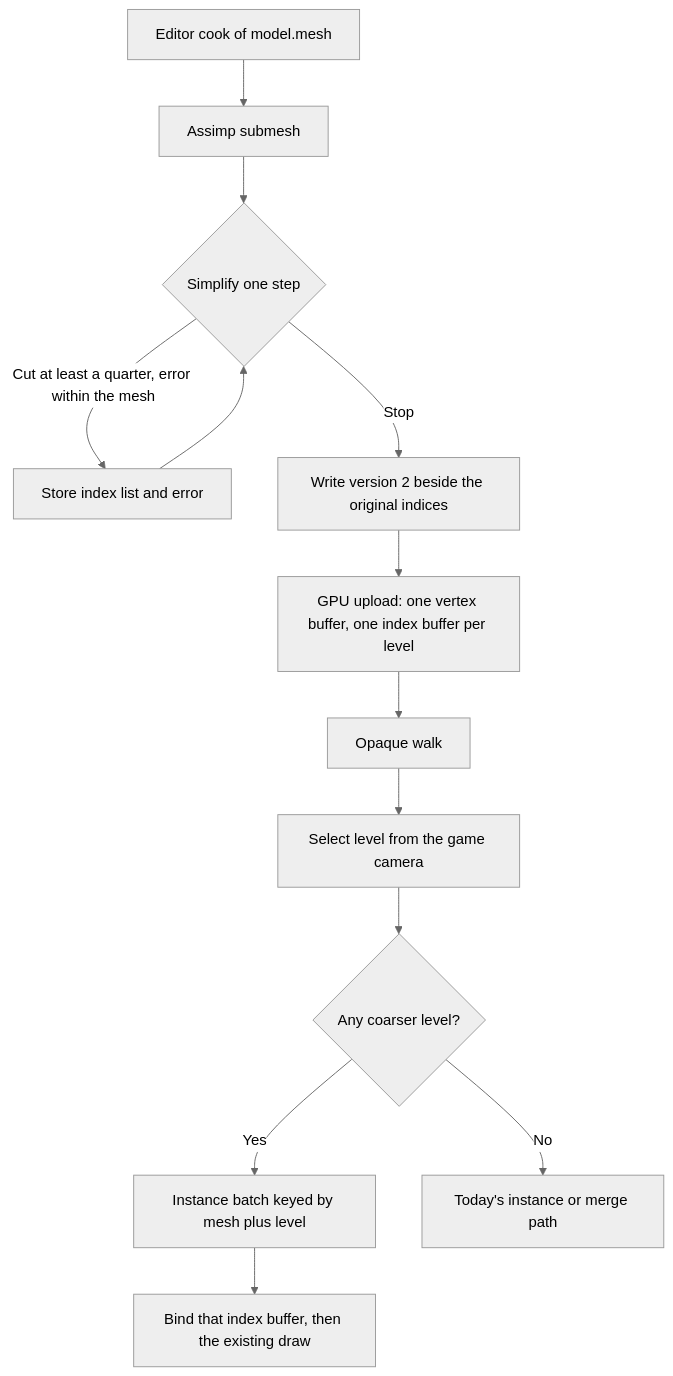
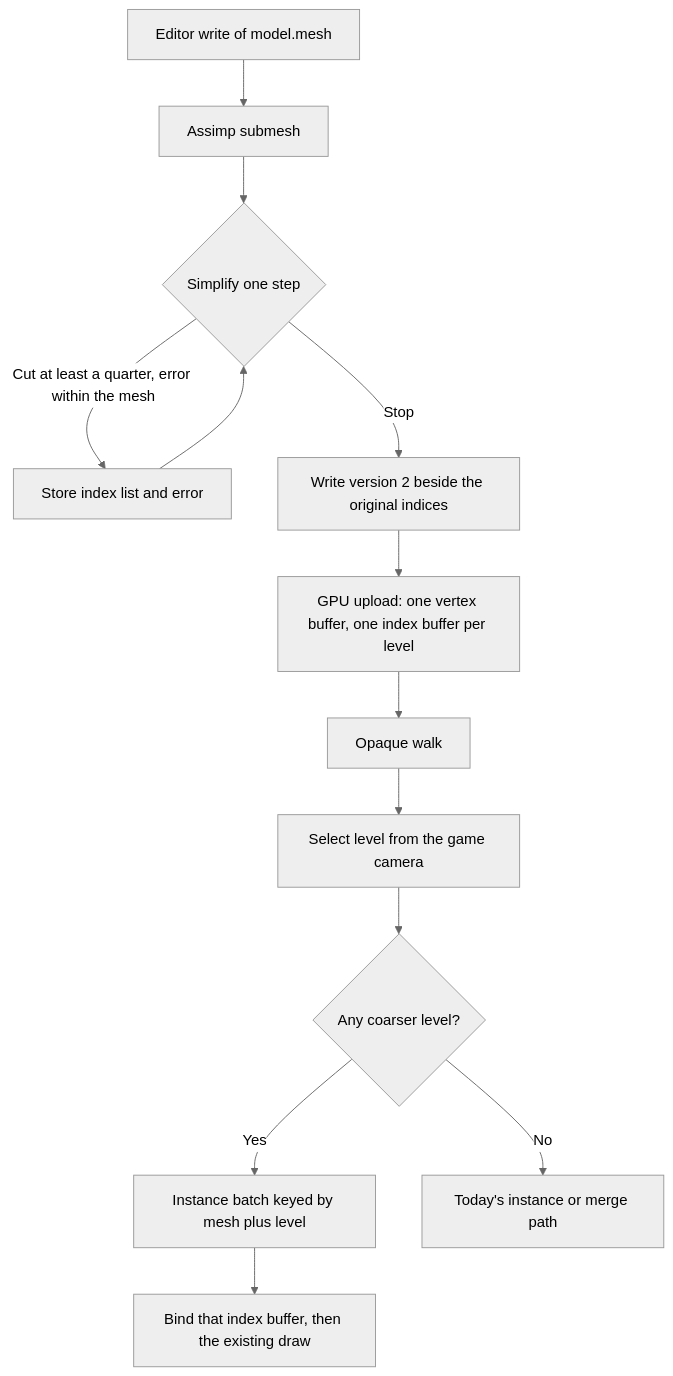
Before and after one commit to kateusz/GameEngine: the first of 2 diagrams in docs/specs/mesh-lod/developer-guide.md, drawn with Mermaid (neutral theme). The commit also changed other lines of this file and 33 other files, not shown here.

````diff
--- a/docs/specs/mesh-lod/developer-guide.md
+++ b/docs/specs/mesh-lod/developer-guide.md
@@ -7,15 +7,15 @@
 ```mermaid
 flowchart TD
-    A[Editor cook of model.mesh] --> B[Assimp submesh]
+    A[Editor write of model.mesh] --> B[Assimp submesh]
     B --> C{Simplify one step}
     C -->|Cut at least a quarter, error within the mesh| D[Store index list and error]
     D --> C
     C -->|Stop| E[Write version 2 beside the original indices]
     E --> F[GPU upload: one vertex buffer, one index buffer per level]
     F --> G[Opaque walk]
     G --> H[Select level from the game camera]
     H --> I{Any coarser level?}
     I -->|Yes| J[Instance batch keyed by mesh plus level]
     I -->|No| K[Today's instance or merge path]
     J --> L[Bind that index buffer, then the existing draw]
 ```
````
